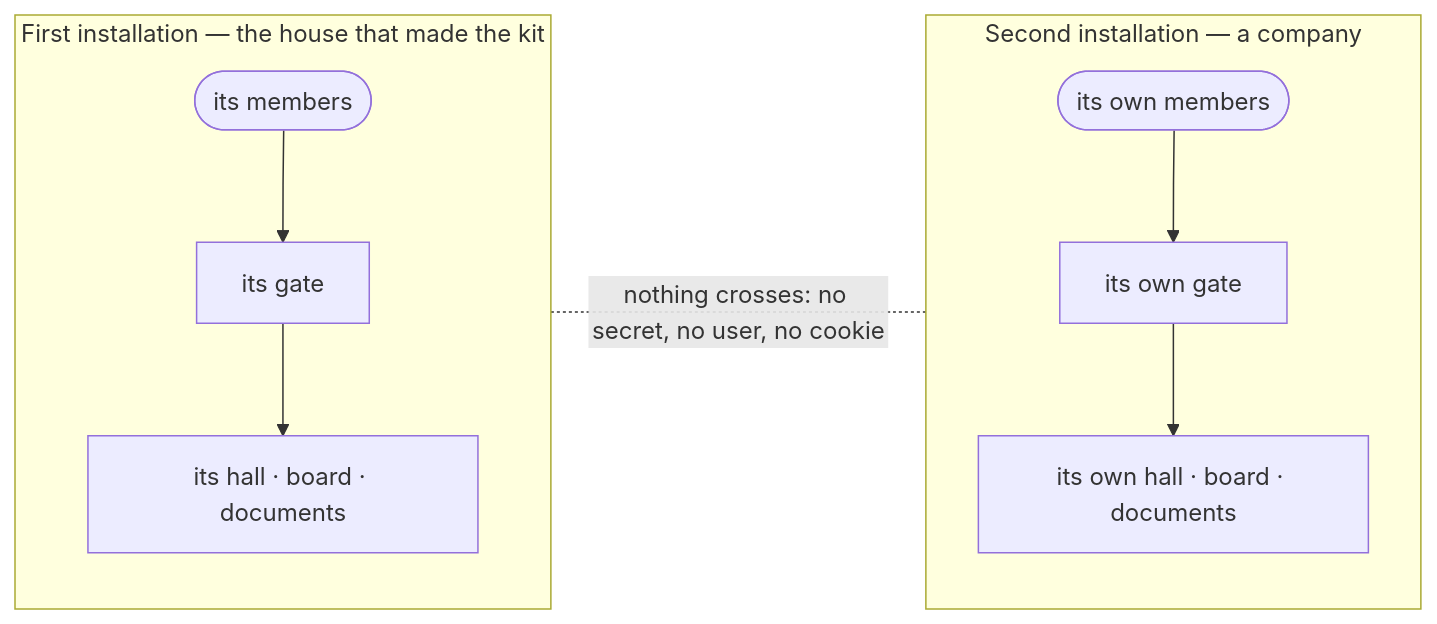
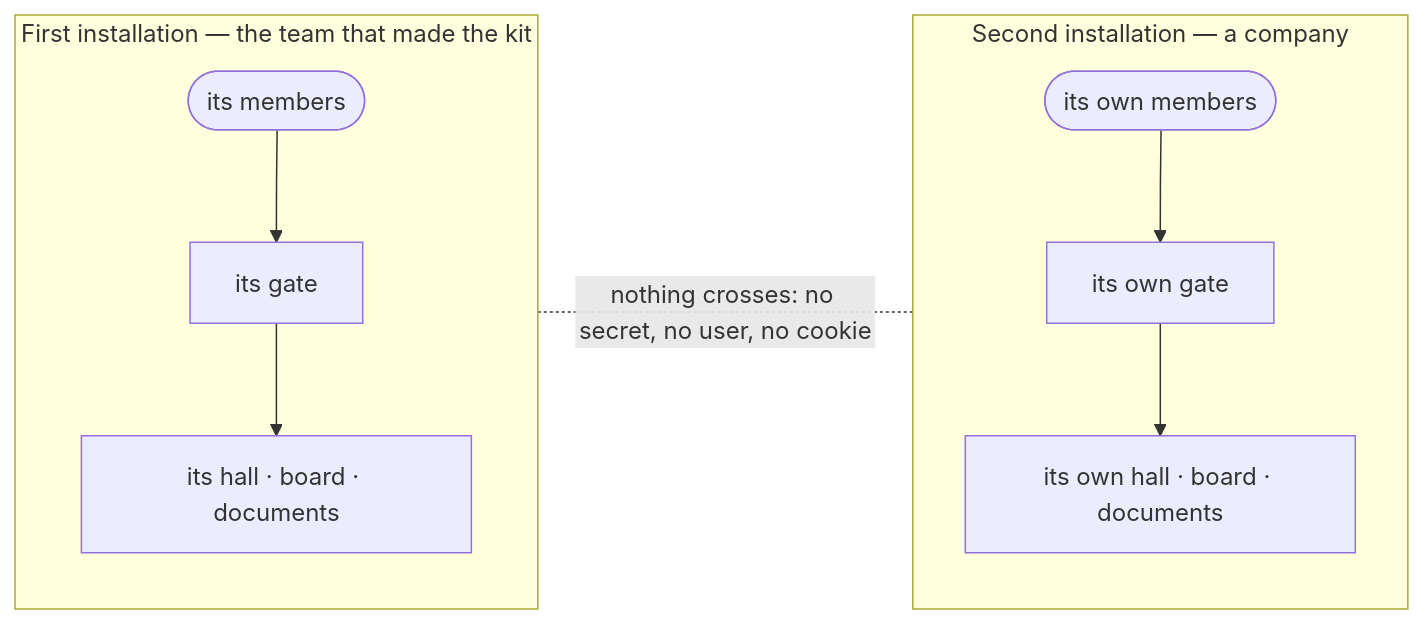
The diagram in bin/collab/kit/docs/a-company-suite.md (zerwiz/ymir), drawn with Mermaid before and after one commit. The commit also changed other lines of this file and 85 other files, not shown here.

````diff
--- a/bin/collab/kit/docs/a-company-suite.md
+++ b/bin/collab/kit/docs/a-company-suite.md
@@ -25,12 +25,12 @@
 ```mermaid
 flowchart LR
-    subgraph first["First installation — the house that made the kit"]
+    subgraph first["First installation — the team that made the kit"]
         member1([its members]) --> gate1[its gate]
         gate1 --> suite1[its hall · board · documents]
     end
     subgraph second["Second installation — a company"]
         member2([its own members]) --> gate2[its own gate]
         gate2 --> suite2[its own hall · board · documents]
     end
     first -. "nothing crosses: no secret, no user, no cookie" .- second
 ```
````
